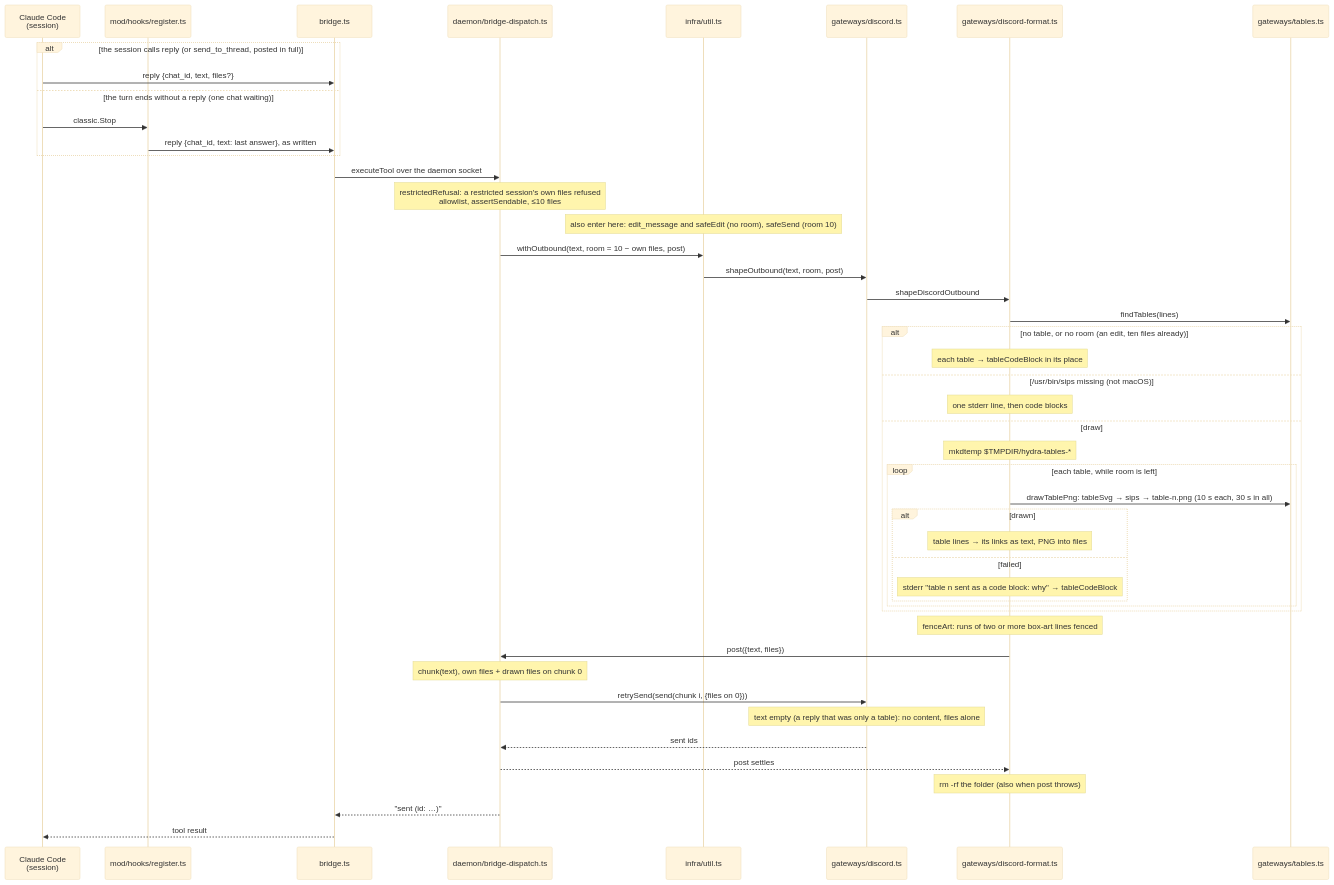
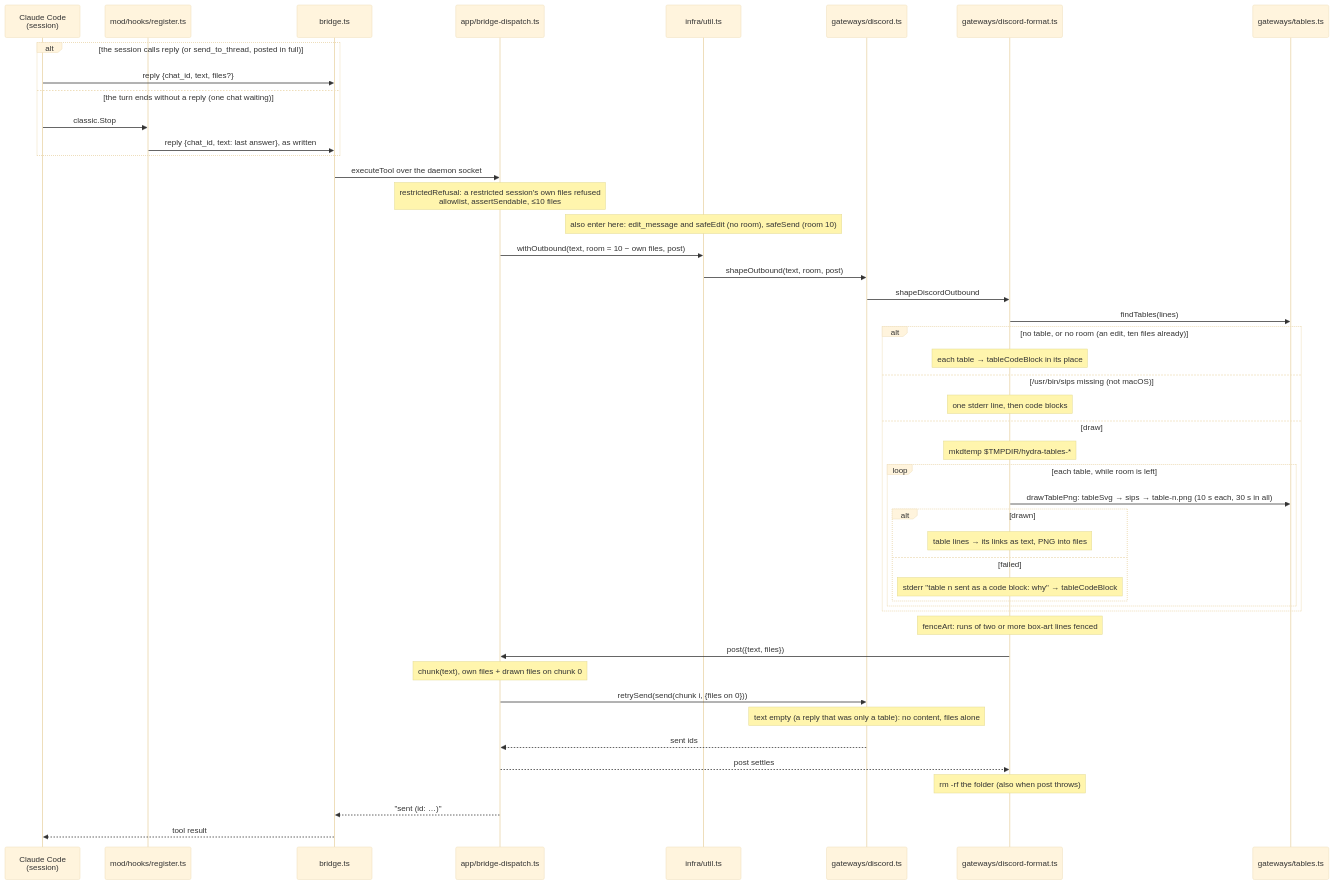
The diagram in diagrams/flow-reply.mmd (sf8193/hydra), drawn with Mermaid (base theme) before and after one commit. The commit also changed 253 other files, not shown here.

First line of the commit message:
Move the use cases and what is left of daemon/ (55 files) into app/ (tier 4); core files to shared/, DSL to protocols/

```diff
--- a/diagrams/flow-reply.mmd
+++ b/diagrams/flow-reply.mmd
@@ -1,54 +1,54 @@
 %% A post's text on its way to the chat: a session's reply, send_to_thread or edit_message, and the daemon's own
 %% safeSend and safeEdit. Each calls withOutbound (infra/util.ts) before chunking (a raw gateway.send elsewhere does
 %% not); the gateway's optional shapeOutbound shapes the text and owns any files it made until the caller's whole
 %% send, retries included, has settled.
 %% Only gateways/discord.ts implements shapeOutbound; a gateway without it posts text as written.
 
 sequenceDiagram
     participant model as Claude Code<br/>(session)
     participant mod as mod/hooks/register.ts
     participant bridge as bridge.ts
-    participant disp as daemon/bridge-dispatch.ts
+    participant disp as app/bridge-dispatch.ts
     participant util as infra/util.ts
     participant gw as gateways/discord.ts
     participant fmt as gateways/discord-format.ts
     participant tab as gateways/tables.ts
 
     alt the session calls reply (or send_to_thread, posted in full)
         model->>bridge: reply {chat_id, text, files?}
     else the turn ends without a reply (one chat waiting)
         model->>mod: classic.Stop
         mod->>bridge: reply {chat_id, text: last answer}, as written
     end
     bridge->>disp: executeTool over the daemon socket
     Note over disp: restrictedRefusal: a restricted session's own files refused<br/>allowlist, assertSendable, ≤10 files
     Note over util: also enter here: edit_message and safeEdit (no room), safeSend (room 10)
     disp->>util: withOutbound(text, room = 10 − own files, post)
     util->>gw: shapeOutbound(text, room, post)
     gw->>fmt: shapeDiscordOutbound
     fmt->>tab: findTables(lines)
     alt no table, or no room (an edit, ten files already)
         Note over fmt: each table → tableCodeBlock in its place
     else /usr/bin/sips missing (not macOS)
         Note over fmt: one stderr line, then code blocks
     else draw
         Note over fmt: mkdtemp $TMPDIR/hydra-tables-*
         loop each table, while room is left
             fmt->>tab: drawTablePng: tableSvg → sips → table-n.png (10 s each, 30 s in all)
             alt drawn
                 Note over fmt: table lines → its links as text, PNG into files
             else failed
                 Note over fmt: stderr "table n sent as a code block: why" → tableCodeBlock
             end
         end
     end
     Note over fmt: fenceArt: runs of two or more box-art lines fenced
     fmt->>disp: post({text, files})
     Note over disp: chunk(text), own files + drawn files on chunk 0
     disp->>gw: retrySend(send(chunk i, {files on 0}))
     Note over gw: text empty (a reply that was only a table): no content, files alone
     gw-->>disp: sent ids
     disp-->>fmt: post settles
     Note over fmt: rm -rf the folder (also when post throws)
     disp-->>bridge: "sent (id: …)"
     bridge-->>model: tool result
```
